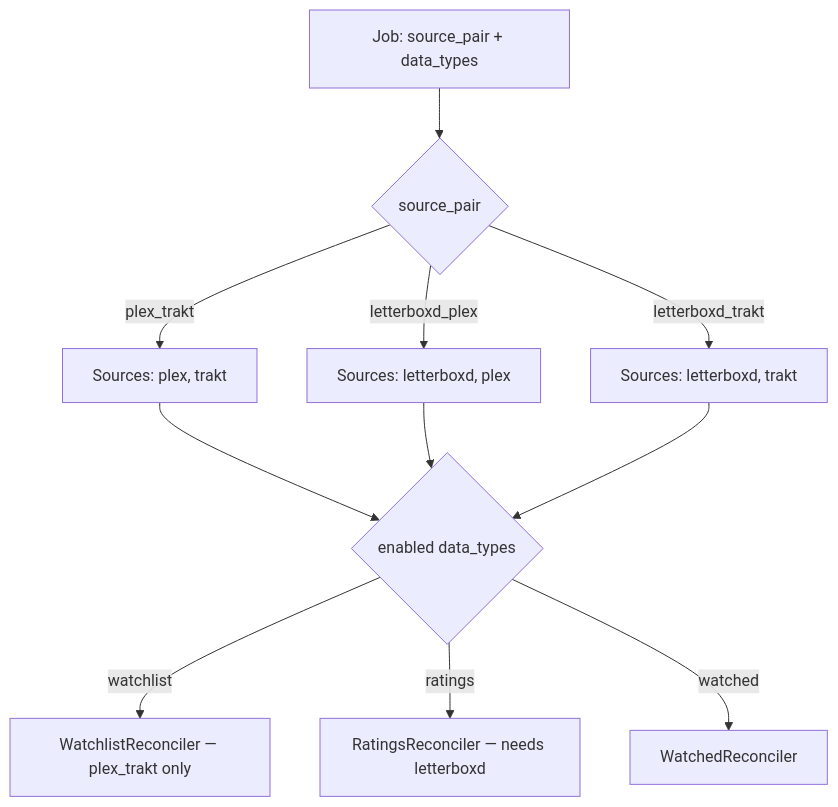
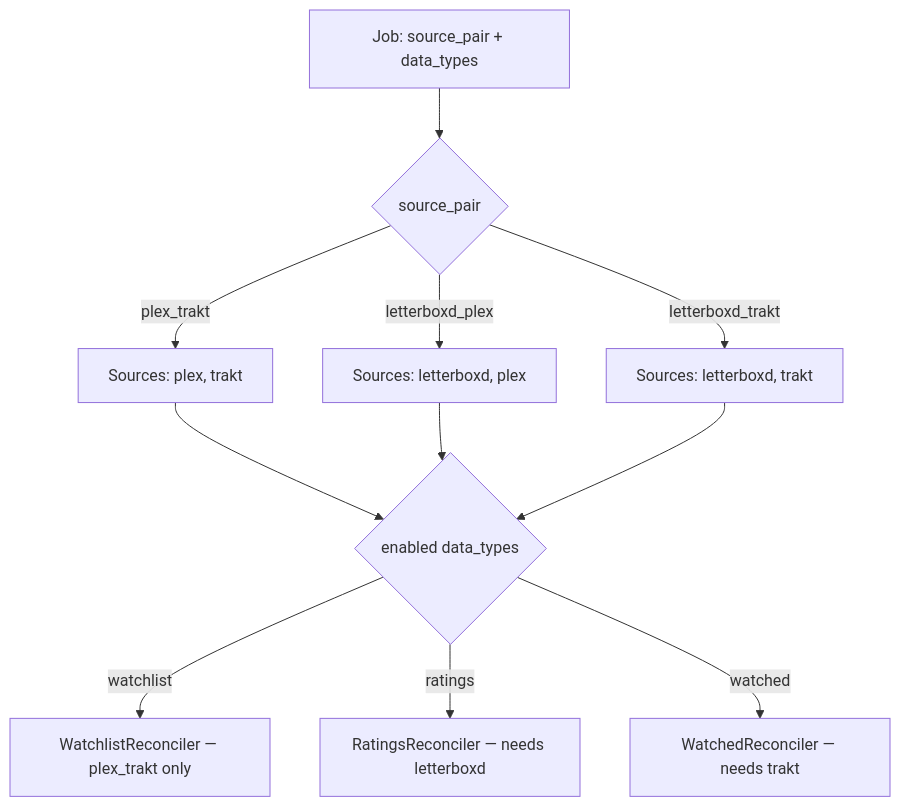
The second of 11 diagrams in docs/sync-flows.md (CampAsAChamp/plextraktbox), drawn with Mermaid before and after one commit. The commit also changed other lines of this file and 1 other file, not shown here.

Commit message:
docs: update diagrams to match

````diff
--- a/docs/sync-flows.md
+++ b/docs/sync-flows.md
@@ -35,16 +35,16 @@
 ```mermaid
 flowchart TB
   Job[Job: source_pair + data_types] --> Pair{source_pair}
 
   Pair -->|plex_trakt| PT[Sources: plex, trakt]
   Pair -->|letterboxd_plex| LP[Sources: letterboxd, plex]
   Pair -->|letterboxd_trakt| LT[Sources: letterboxd, trakt]
 
   PT --> DT{enabled data_types}
   LP --> DT
   LT --> DT
 
   DT -->|watchlist| W[WatchlistReconciler — plex_trakt only]
   DT -->|ratings| R[RatingsReconciler — needs letterboxd]
-  DT -->|watched| H[WatchedReconciler]
+  DT -->|watched| H[WatchedReconciler — needs trakt]
 ```
````
